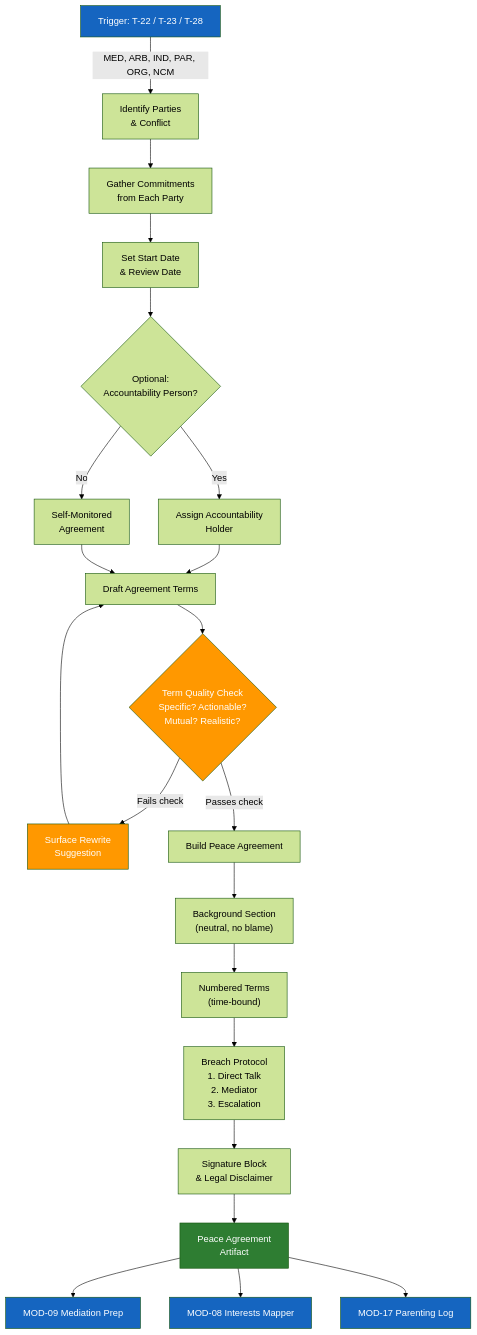
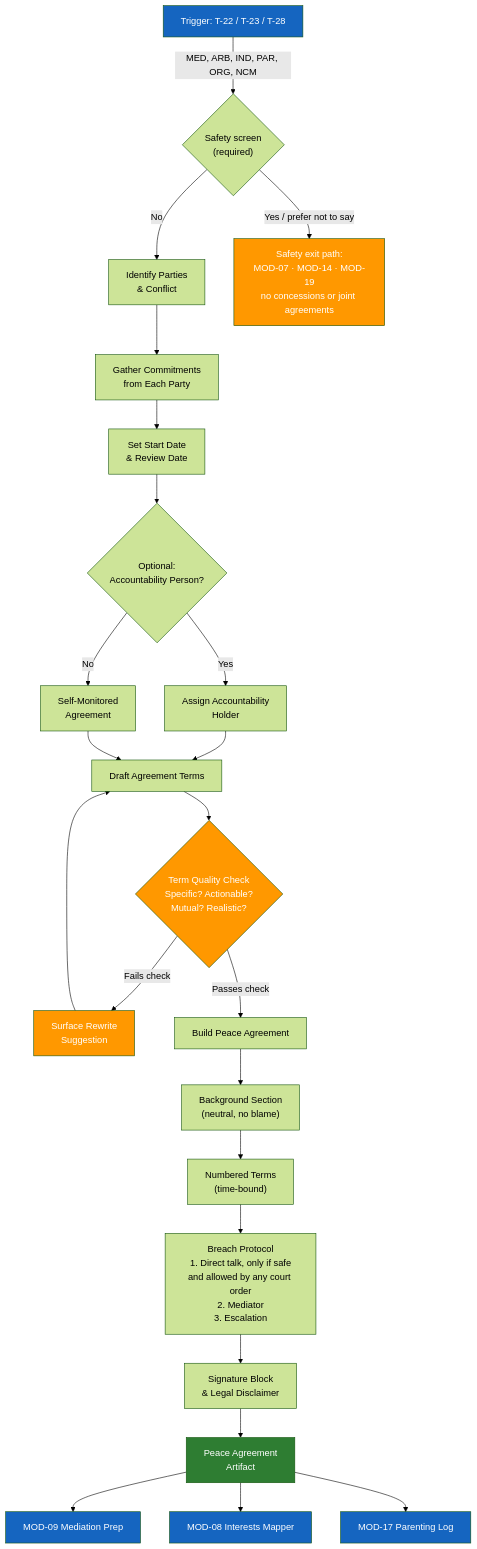
The diagram in modules/MOD-10-peace-agreement-builder.md (dougdevitre/access-to-peace), drawn with Mermaid (forest theme) before and after one commit. The commit also changed other lines of this file and 23 other files, not shown here.

````diff
--- a/modules/MOD-10-peace-agreement-builder.md
+++ b/modules/MOD-10-peace-agreement-builder.md
@@ -16,32 +16,35 @@
 ```mermaid
 flowchart TD
-    A["Trigger: T-22 / T-23 / T-28"] -->|"MED, ARB, IND, PAR, ORG, NCM"| B["Identify Parties\n& Conflict"]
+    A["Trigger: T-22 / T-23 / T-28"] -->|"MED, ARB, IND, PAR, ORG, NCM"| SCREEN{"Safety screen\n(required)"}
+    SCREEN -- "No" --> B["Identify Parties\n& Conflict"]
+    SCREEN -- "Yes / prefer not to say" --> EXIT["Safety exit path:\nMOD-07 · MOD-14 · MOD-19\nno concessions or joint agreements"]
+    style EXIT fill:#ff9800,color:#fff
     B --> C["Gather Commitments\nfrom Each Party"]
     C --> D["Set Start Date\n& Review Date"]
     D --> E{"Optional:\nAccountability Person?"}
     E -->|Yes| F["Assign Accountability\nHolder"]
     E -->|No| G["Self-Monitored\nAgreement"]
     F --> H["Draft Agreement Terms"]
     G --> H
     H --> I{"Term Quality Check\nSpecific? Actionable?\nMutual? Realistic?"}
     I -->|"Fails check"| J["Surface Rewrite\nSuggestion"]
     J --> H
     I -->|"Passes check"| K["Build Peace Agreement"]
     K --> L["Background Section\n(neutral, no blame)"]
     L --> M["Numbered Terms\n(time-bound)"]
-    M --> N["Breach Protocol\n1. Direct Talk\n2. Mediator\n3. Escalation"]
+    M --> N["Breach Protocol\n1. Direct talk, only if safe\nand allowed by any court order\n2. Mediator\n3. Escalation"]
     N --> O["Signature Block\n& Legal Disclaimer"]
     O --> P["Peace Agreement\nArtifact"]
 
     P --> Q["MOD-09 Mediation Prep"]
     P --> R["MOD-08 Interests Mapper"]
     P --> S["MOD-17 Parenting Log"]
 
     style A fill:#1565c0,color:#fff
     style I fill:#ff9800,color:#fff
     style J fill:#ff9800,color:#fff
     style P fill:#2e7d32,color:#fff
     style Q fill:#1565c0,color:#fff
     style R fill:#1565c0,color:#fff
     style S fill:#1565c0,color:#fff
 ```
````
